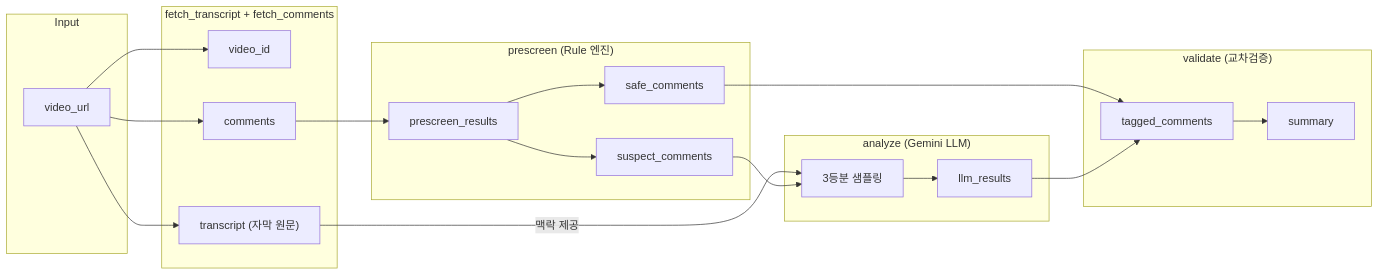
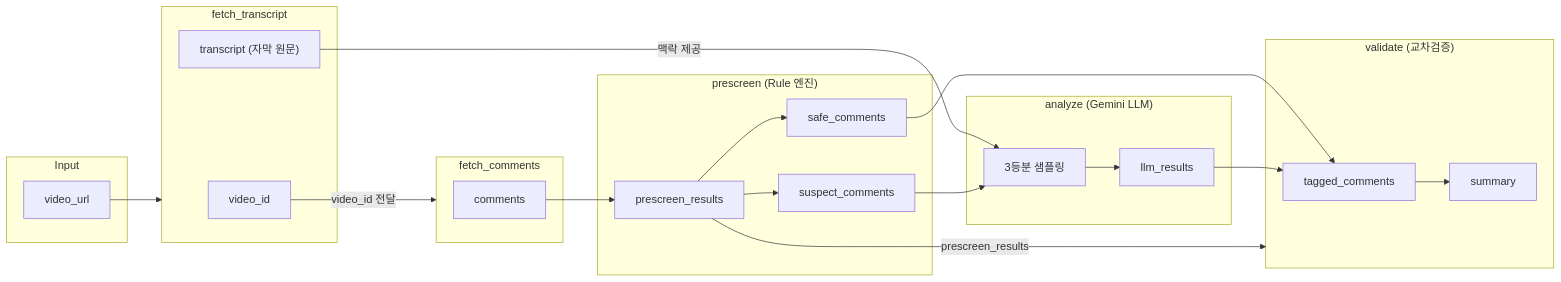
Before and after one commit to euisuk-chung/gemini-hak-creator-hub: the fourth of 6 diagrams in backend/ARCHITECTURE.md, drawn with Mermaid.

Commit message:
docs: add initial backend architecture documentation

````diff
--- a/backend/ARCHITECTURE.md
+++ b/backend/ARCHITECTURE.md
@@ -239,41 +239,44 @@
 ```mermaid
 flowchart LR
     subgraph Input
         VU["video_url"]
     end
 
-    subgraph Fetch["fetch_transcript + fetch_comments"]
+    subgraph FT["fetch_transcript"]
         VID["video_id"]
         TR["transcript (자막 원문)"]
+    end
+
+    subgraph FC["fetch_comments"]
         CM["comments"]
     end
 
     subgraph Prescreen["prescreen (Rule 엔진)"]
         PR["prescreen_results"]
         SC["safe_comments"]
         SU["suspect_comments"]
     end
 
     subgraph Analyze["analyze (Gemini LLM)"]
         SP["3등분 샘플링"]
         LLM_R["llm_results"]
     end
 
     subgraph Validate["validate (교차검증)"]
         TC["tagged_comments"]
         SM["summary"]
     end
 
-    VU --> VID
-    VU --> TR
-    VU --> CM
+    VU --> FT
+    VID -->|video_id 전달| FC
     CM --> PR
     PR --> SC
     PR --> SU
     TR -->|맥락 제공| SP
     SU --> SP
     SP --> LLM_R
     SC --> TC
     LLM_R --> TC
+    PR -->|prescreen_results| Validate
     TC --> SM
 ```
````
